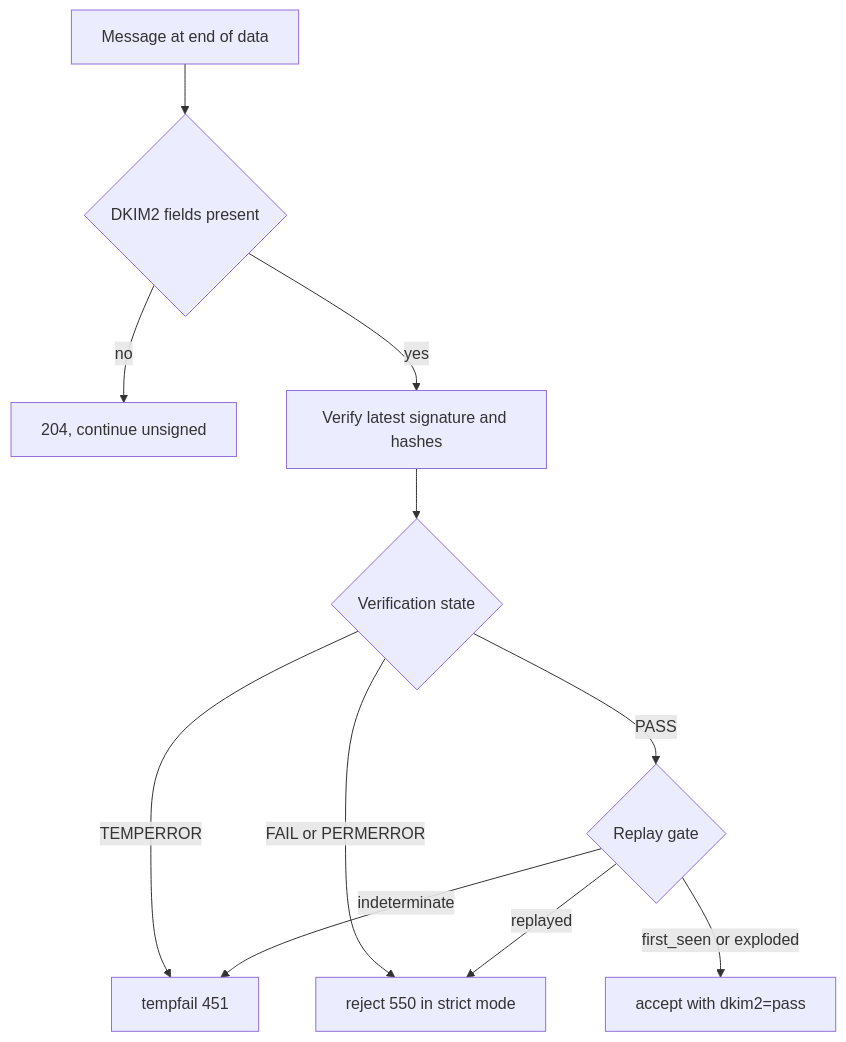
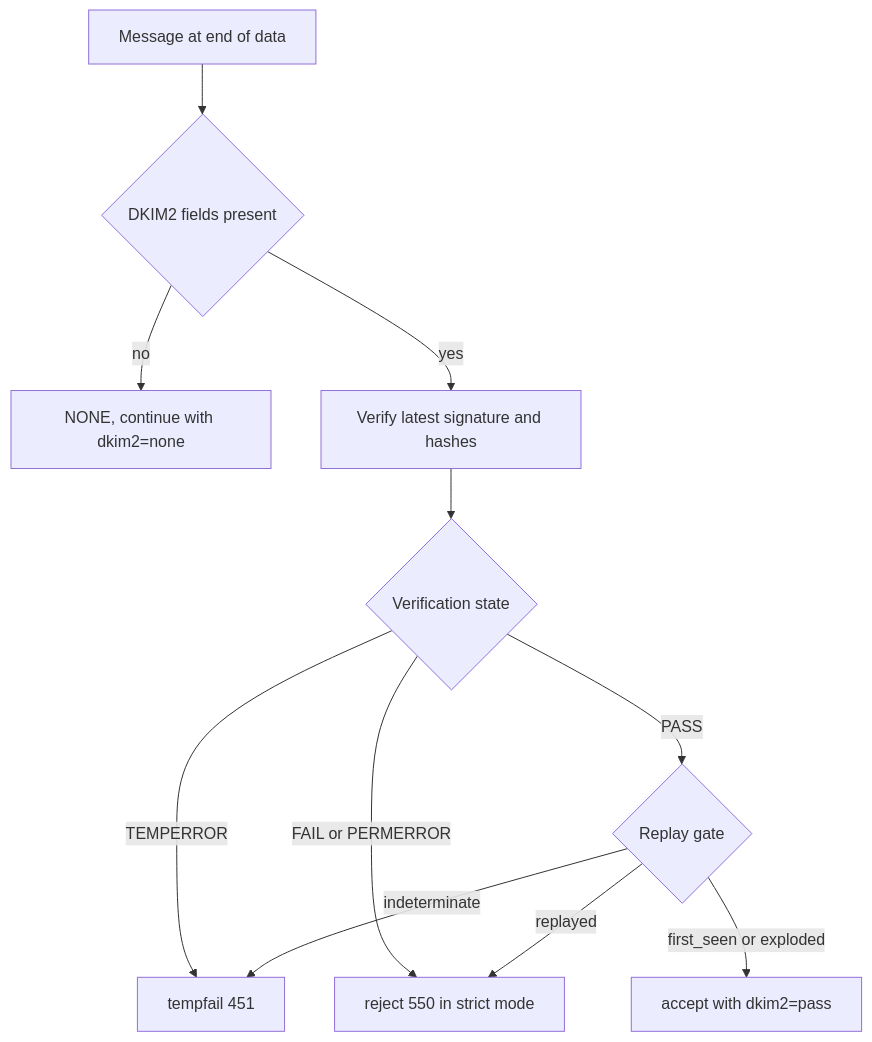
The third of 10 diagrams in docs/operator/deployment-walkthrough.md (croessner/dkim2), drawn with Mermaid before and after one commit. The commit also changed other lines of this file and 561 other files, not shown here.

````diff
--- a/docs/operator/deployment-walkthrough.md
+++ b/docs/operator/deployment-walkthrough.md
@@ -213,13 +216,13 @@
 ```mermaid
 flowchart TD
     eom["Message at end of data"] --> fields{"DKIM2 fields present"}
-    fields -->|no| na["204, continue unsigned"]
+    fields -->|no| na["NONE, continue with dkim2=none"]
     fields -->|yes| verify["Verify latest signature and hashes"]
     verify --> vstate{"Verification state"}
     vstate -->|TEMPERROR| tf["tempfail 451"]
     vstate -->|FAIL or PERMERROR| rej["reject 550 in strict mode"]
     vstate -->|PASS| replay{"Replay gate"}
     replay -->|replayed| rej
     replay -->|indeterminate| tf
     replay -->|first_seen or exploded| acc["accept with dkim2=pass"]
 ```
````
